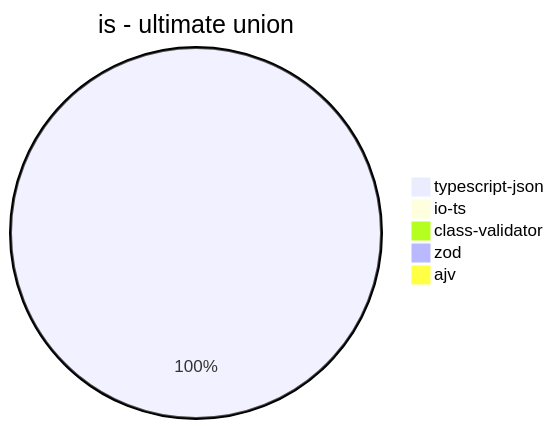
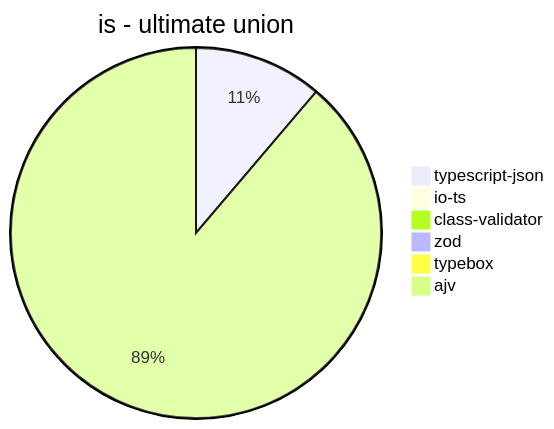
One commit to samchon/typia changed the eighth of 39 diagrams in benchmark/results/AMD Ryzen 7 5800H with Radeon Graphics.md. Above: the diagram before and after it, drawn with Mermaid. The commit also changed other lines of this file and 6 other files, not shown here.

````diff
--- a/benchmark/results/AMD Ryzen 7 5800H with Radeon Graphics.md
+++ b/benchmark/results/AMD Ryzen 7 5800H with Radeon Graphics.md
@@ -91,8 +98,9 @@
 ```mermaid
 pie title is - ultimate union
-  "typescript-json": 682.3529411764705
+  "typescript-json": 633.8002211573903
   "io-ts": 0
   "class-validator": 0
-  "zod": 0
-  "ajv": 0
+  "zod": 0.3471619510501649
+  "typebox": 0
+  "ajv": 5018.871315600288
 ```
````
